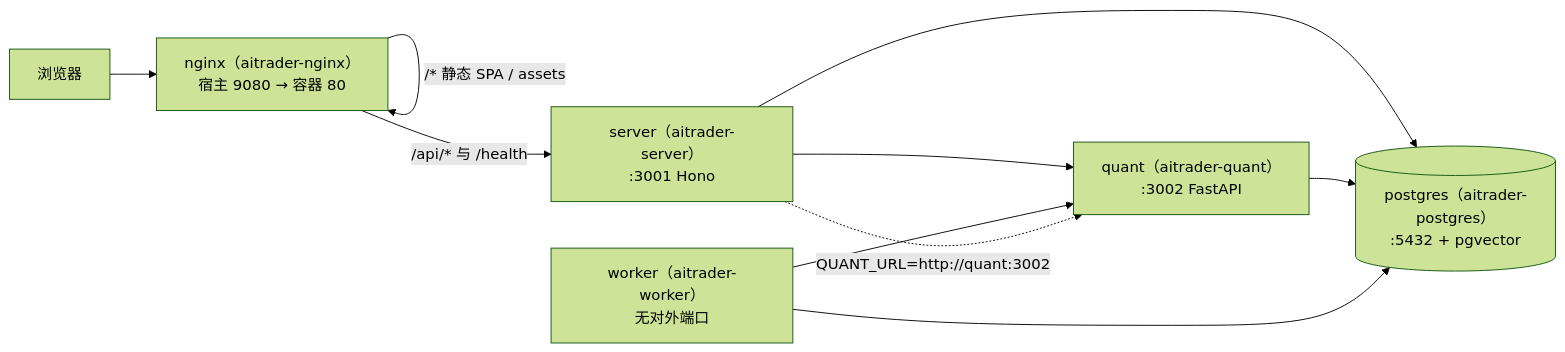
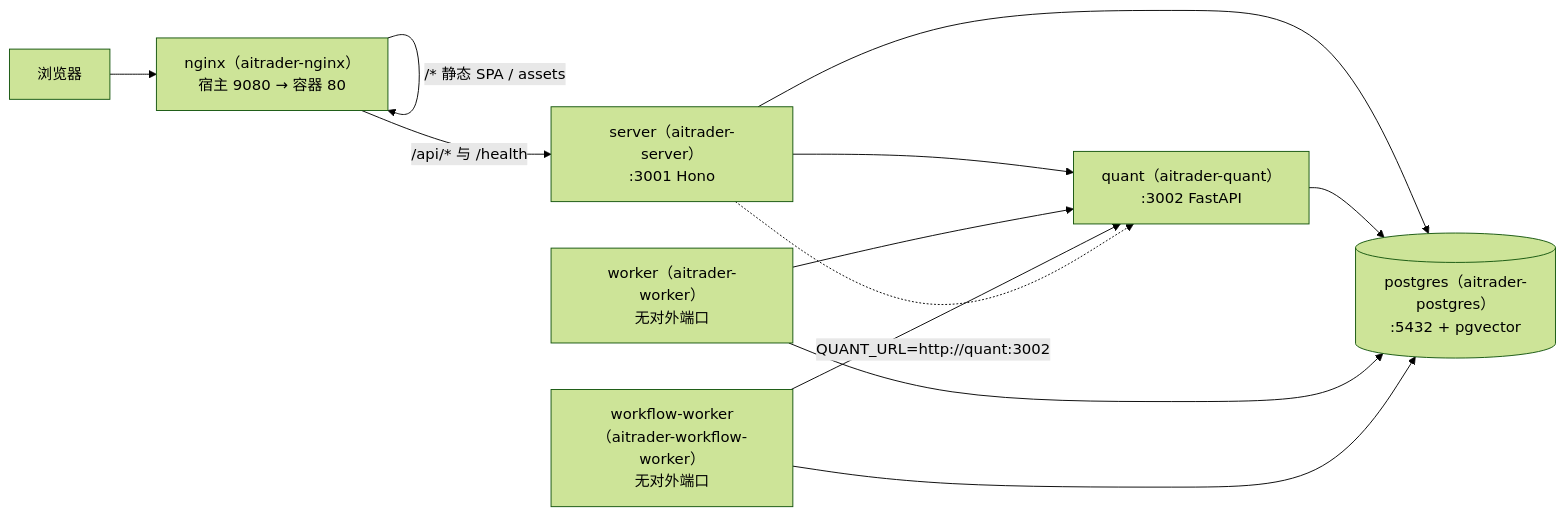
The first of 2 diagrams in docs/architecture.md (fzdfy/ai-trader), drawn with Mermaid (forest theme) before and after one commit. The commit also changed other lines of this file and 408 other files, not shown here.

````diff
--- a/docs/architecture.md
+++ b/docs/architecture.md
@@ -29,12 +29,14 @@
 ```mermaid
 flowchart LR
   U["浏览器"] --> N["nginx（aitrader-nginx）<br/>宿主 9080 → 容器 80"]
   N -- "/* 静态 SPA / assets" --> N
   N -- "/api/* 与 /health" --> S["server（aitrader-server）<br/>:3001 Hono"]
   S --> PG[("postgres（aitrader-postgres）<br/>:5432 + pgvector")]
   S --> Q["quant（aitrader-quant）<br/>:3002 FastAPI"]
   Q --> PG
   W["worker（aitrader-worker）<br/>无对外端口"] --> PG
   W --> Q
+  WW["workflow-worker（aitrader-workflow-worker）<br/>无对外端口"] --> PG
+  WW --> Q
   S -. "QUANT_URL=http://quant:3002" .-> Q
 ```
````
